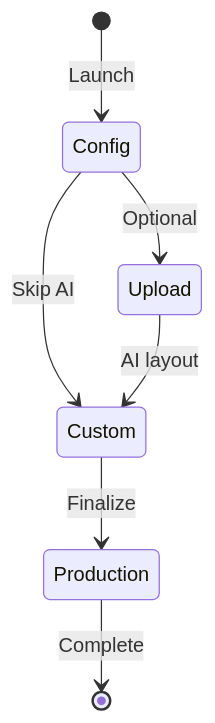
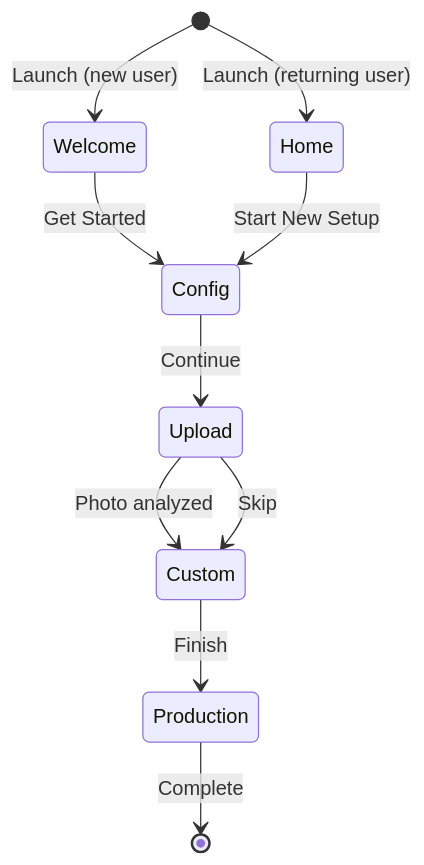
The first of 2 diagrams in CLAUDE.md (benjaminkomen/solar-array-simulator), drawn with Mermaid before and after one commit. The commit also changed other lines of this file and 14 other files, not shown here.

Commit message:
Add Wizard Flow with Progress Indicator (#6)

````diff
--- a/CLAUDE.md
+++ b/CLAUDE.md
@@ -58,9 +58,12 @@
 ```mermaid
 stateDiagram-v2
-    [*] --> Config: Launch
-    Config --> Upload: Optional
-    Config --> Custom: Skip AI
-    Upload --> Custom: AI layout
-    Custom --> Production: Finalize
+    [*] --> Welcome: Launch (new user)
+    [*] --> Home: Launch (returning user)
+    Welcome --> Config: Get Started
+    Home --> Config: Start New Setup
+    Config --> Upload: Continue
+    Upload --> Custom: Photo analyzed
+    Upload --> Custom: Skip
+    Custom --> Production: Finish
     Production --> [*]: Complete
 ```
````
